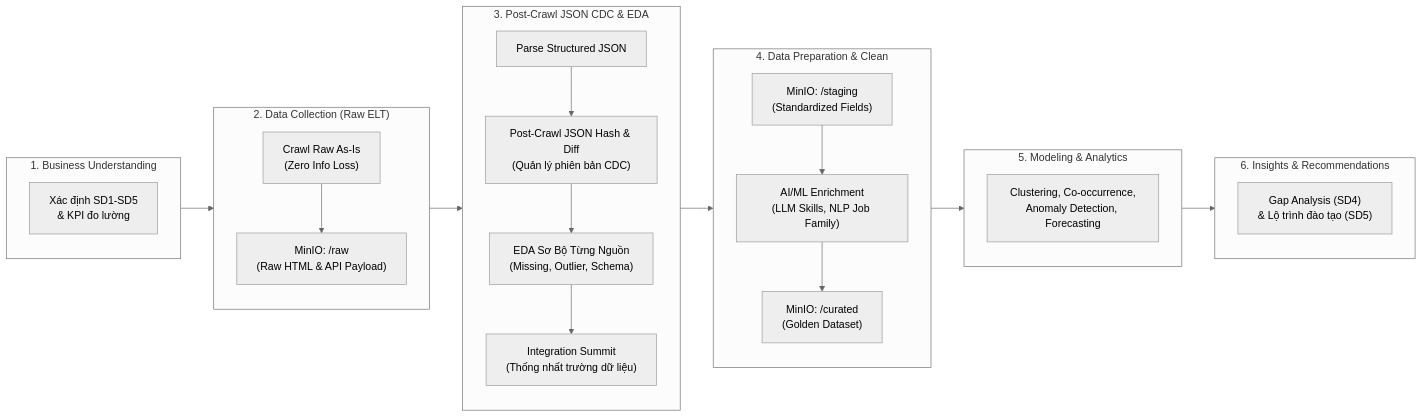
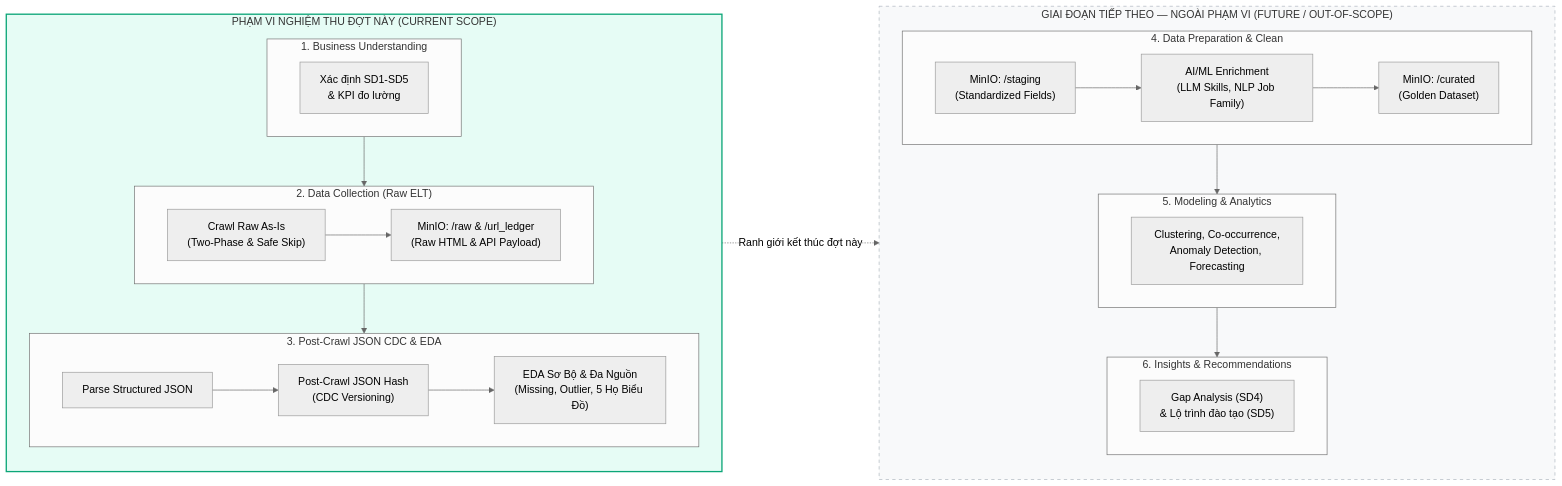
Before and after one commit to Archduker/VN-IT-Job-Mining: the second of 3 diagrams in docs/01_modern_data_mining_overview.md, drawn with Mermaid (neutral theme). The commit also changed other lines of this file and 16 other files, not shown here.

````diff
--- a/docs/01_modern_data_mining_overview.md
+++ b/docs/01_modern_data_mining_overview.md
@@ -40,31 +46,36 @@
 ```mermaid
 flowchart LR
-    subgraph Phase1["1. Business Understanding"]
-        BU["Xác định SD1-SD5\n& KPI đo lường"]
+    subgraph CurrentScope["PHẠM VI NGHIỆM THU ĐỢT NÀY (CURRENT SCOPE)"]
+        direction TB
+        subgraph Phase1["1. Business Understanding"]
+            BU["Xác định SD1-SD5\n& KPI đo lường"]
+        end
+        subgraph Phase2["2. Data Collection (Raw ELT)"]
+            EXT["Crawl Raw As-Is\n(Two-Phase & Safe Skip)"] --> MINIO_RAW["MinIO: /raw & /url_ledger\n(Raw HTML & API Payload)"]
+        end
+        subgraph Phase3["3. Post-Crawl JSON CDC & EDA"]
+            PARSE["Parse Structured JSON"] --> CDC["Post-Crawl JSON Hash\n(CDC Versioning)"]
+            CDC --> EDA_PRE["EDA Sơ Bộ & Đa Nguồn\n(Missing, Outlier, 5 Họ Biểu Đồ)"]
+        end
+        Phase1 --> Phase2 --> Phase3
     end
 
-    subgraph Phase2["2. Data Collection (Raw ELT)"]
-        EXT["Crawl Raw As-Is\n(Zero Info Loss)"] --> MINIO_RAW["MinIO: /raw\n(Raw HTML & API Payload)"]
+    subgraph FutureScope["GIAI ĐOẠN TIẾP THEO — NGOÀI PHẠM VI (FUTURE / OUT-OF-SCOPE)"]
+        direction TB
+        subgraph Phase4["4. Data Preparation & Clean"]
+            MINIO_STG["MinIO: /staging\n(Standardized Fields)"] --> AI_ENRICH["AI/ML Enrichment\n(LLM Skills, NLP Job Family)"]
+            AI_ENRICH --> MINIO_CUR["MinIO: /curated\n(Golden Dataset)"]
+        end
+        subgraph Phase5["5. Modeling & Analytics"]
+            MODEL["Clustering, Co-occurrence,\nAnomaly Detection, Forecasting"]
+        end
+        subgraph Phase6["6. Insights & Recommendations"]
+            EVAL["Gap Analysis (SD4)\n& Lộ trình đào tạo (SD5)"]
+        end
+        Phase4 --> Phase5 --> Phase6
     end
 
-    subgraph Phase3["3. Post-Crawl JSON CDC & EDA"]
-        PARSE["Parse Structured JSON"] --> CDC["Post-Crawl JSON Hash & Diff\n(Quản lý phiên bản CDC)"]
-        CDC --> EDA_PRE["EDA Sơ Bộ Từng Nguồn\n(Missing, Outlier, Schema)"]
-        EDA_PRE --> HARMON["Integration Summit\n(Thống nhất trường dữ liệu)"]
-    end
-
-    subgraph Phase4["4. Data Preparation & Clean"]
-        MINIO_STG["MinIO: /staging\n(Standardized Fields)"] --> AI_ENRICH["AI/ML Enrichment\n(LLM Skills, NLP Job Family)"]
-        AI_ENRICH --> MINIO_CUR["MinIO: /curated\n(Golden Dataset)"]
-    end
-
-    subgraph Phase5["5. Modeling & Analytics"]
-        MODEL["Clustering, Co-occurrence,\nAnomaly Detection, Forecasting"]
-    end
-
-    subgraph Phase6["6. Insights & Recommendations"]
-        EVAL["Gap Analysis (SD4)\n& Lộ trình đào tạo (SD5)"]
-    end
-
-    Phase1 --> Phase2 --> Phase3 --> Phase4 --> Phase5 --> Phase6
+    CurrentScope -.->|Ranh giới kết thúc đợt này| FutureScope
+    style CurrentScope fill:#e6fcf5,stroke:#0ca678,stroke-width:2px
+    style FutureScope fill:#f8f9fa,stroke:#adb5bd,stroke-dasharray: 5 5
 ```
````
